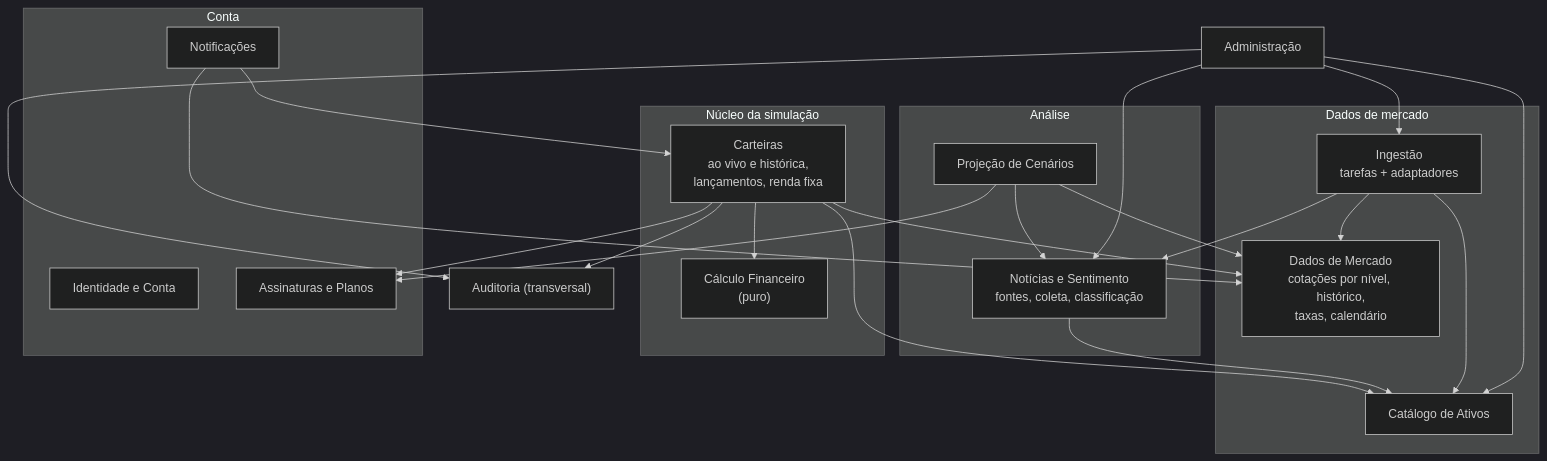
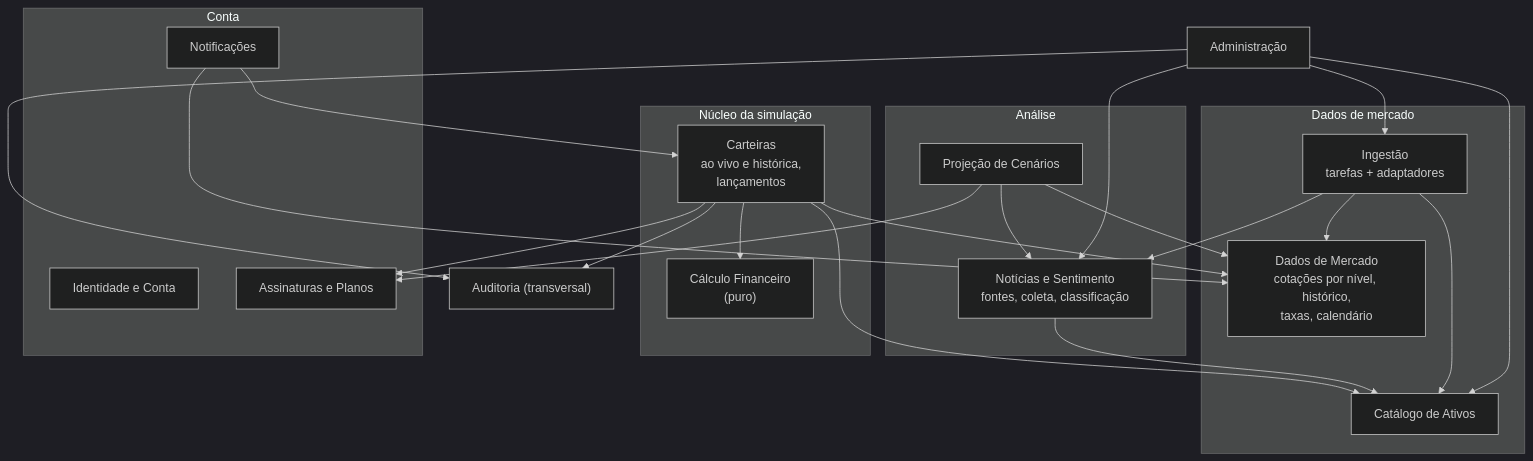
One commit to AnjiNight/Revolution-THE-BOB changed the third of 9 diagrams in arquitetura.md. Above: the diagram before and after it, drawn with Mermaid (dark theme). The commit also changed other lines of this file and 15 other files, not shown here.

````diff
--- a/arquitetura.md
+++ b/arquitetura.md
@@ -206,46 +209,46 @@
 ```mermaid
 flowchart TB
     subgraph Nucleo["Núcleo da simulação"]
-        CART["Carteiras<br/>ao vivo e histórica,<br/>lançamentos, renda fixa"]
+        CART["Carteiras<br/>ao vivo e histórica,<br/>lançamentos"]
         CALC["Cálculo Financeiro<br/>(puro)"]
     end
 
     subgraph Dados["Dados de mercado"]
         ATV["Catálogo de Ativos"]
         MKT["Dados de Mercado<br/>cotações por nível, histórico,<br/>taxas, calendário"]
         ING["Ingestão<br/>tarefas + adaptadores"]
     end
 
     subgraph Analise["Análise"]
         NEWS["Notícias e Sentimento<br/>fontes, coleta, classificação"]
         PROJ["Projeção de Cenários"]
     end
 
     subgraph Conta["Conta"]
         IDN["Identidade e Conta"]
         ASS["Assinaturas e Planos"]
         NTF["Notificações"]
     end
 
     ADMIN["Administração"]
     AUD["Auditoria (transversal)"]
 
     CART --> CALC
     CART --> MKT
     CART --> ATV
     CART --> ASS
     PROJ --> NEWS
     PROJ --> MKT
     PROJ --> ASS
     NEWS --> ATV
     ING --> MKT
     ING --> NEWS
     ING --> ATV
     ADMIN --> ATV
     ADMIN --> ING
     ADMIN --> NEWS
     NTF --> CART
     NTF --> MKT
     CART --> AUD
     ADMIN --> AUD
 ```
````
